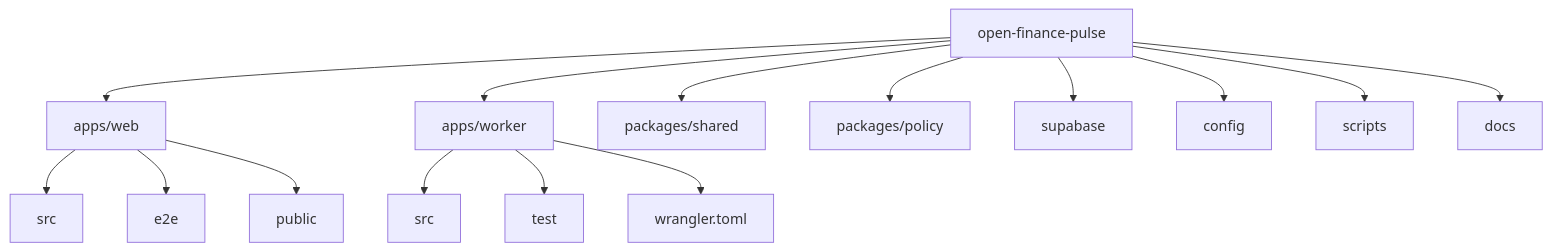
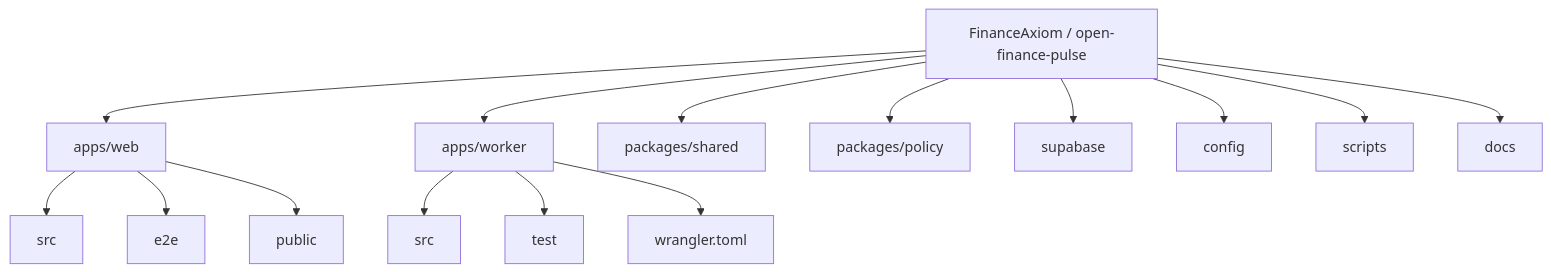
Before and after one commit to kolom1234/financeaxiom: the third of 3 diagrams in README.ko.md, drawn with Mermaid. The commit also changed other lines of this file and 3 other files, not shown here.

First line of the commit message:
docs: rebrand to FinanceAxiom umbrella and apply RLS migrations

````diff
--- a/README.ko.md
+++ b/README.ko.md
@@ -102,20 +102,20 @@
 ```mermaid
 graph TD
-  R[open-finance-pulse]
+  R[FinanceAxiom / open-finance-pulse]
   R --> A[apps/web]
   R --> B[apps/worker]
   R --> C[packages/shared]
   R --> D[packages/policy]
   R --> E[supabase]
   R --> F[config]
   R --> G[scripts]
   R --> H[docs]
 
   A --> A1[src]
   A --> A2[e2e]
   A --> A3[public]
 
   B --> B1[src]
   B --> B2[test]
   B --> B3[wrangler.toml]
 ```
````
